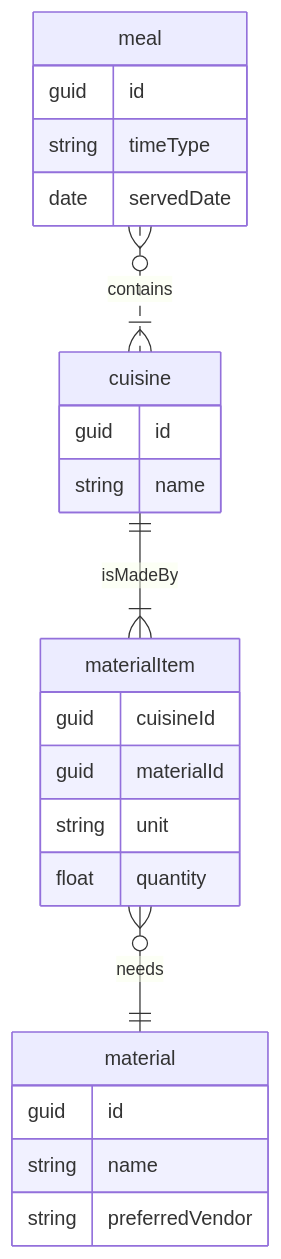
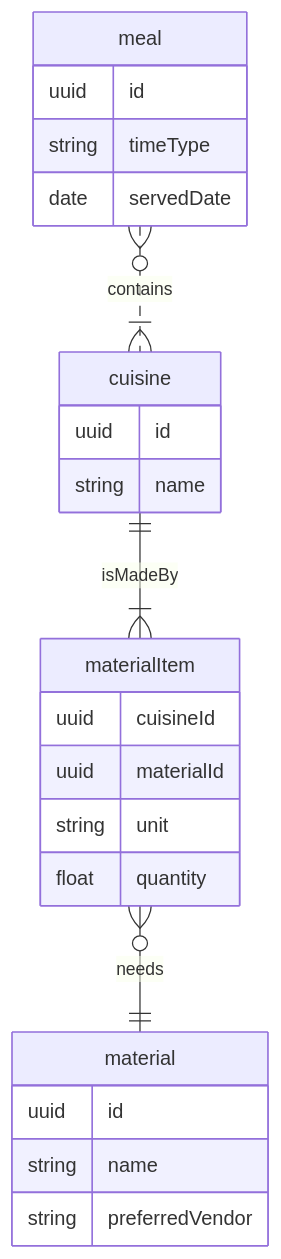
One commit to FabiusChiang/DiffDinner changed the diagram in README.md. Above: the diagram before and after it, drawn with Mermaid. The commit also changed 1 other file, not shown here.

Commit message:
first schema

````diff
--- a/README.md
+++ b/README.md
@@ -6,27 +6,27 @@
 ```mermaid
 erDiagram
     cuisine ||--|{ materialItem : isMadeBy
     materialItem }o--|| material  : needs
     meal }o..|{ cuisine : contains
 
     meal {
-        guid id
+        uuid id
         string timeType
         date servedDate
     }
     cuisine {
-        guid id
+        uuid id
         string name
     }
     materialItem {
-        guid cuisineId
-        guid materialId
+        uuid cuisineId
+        uuid materialId
         string unit
         float quantity
     }
     material {
-        guid id
+        uuid id
         string name
         string preferredVendor
     }
 ```
````
